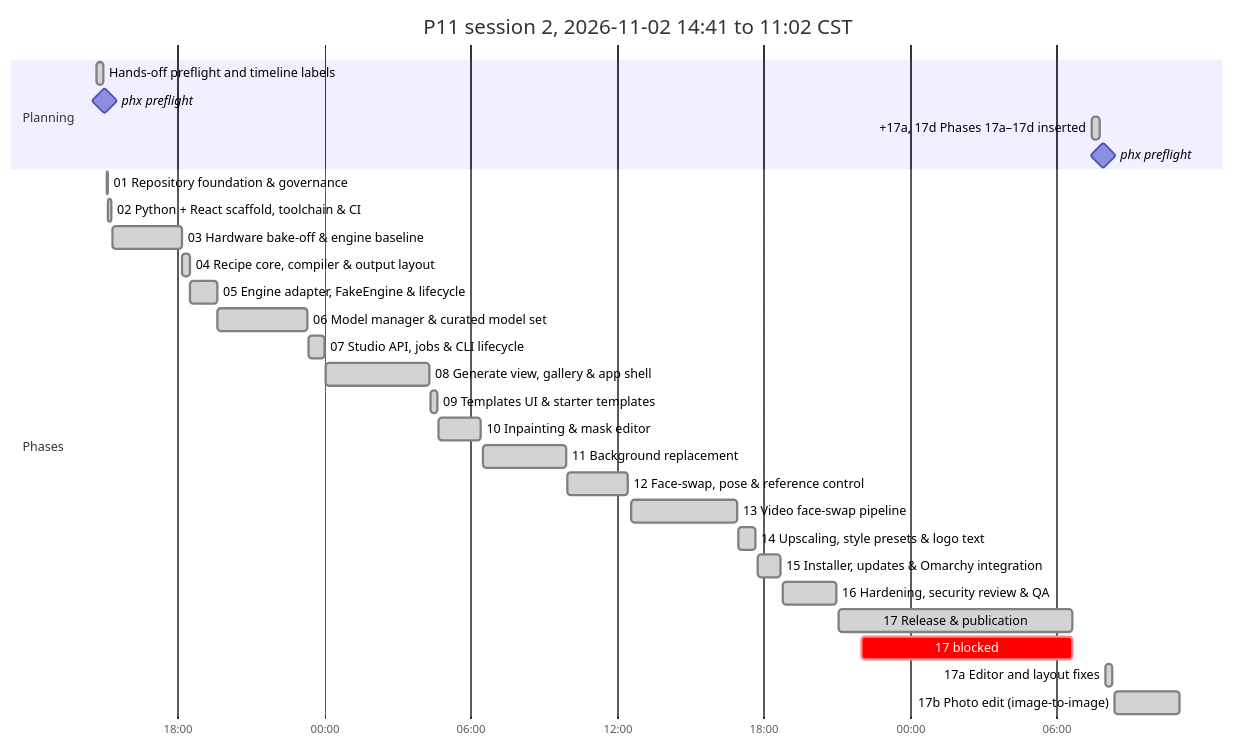
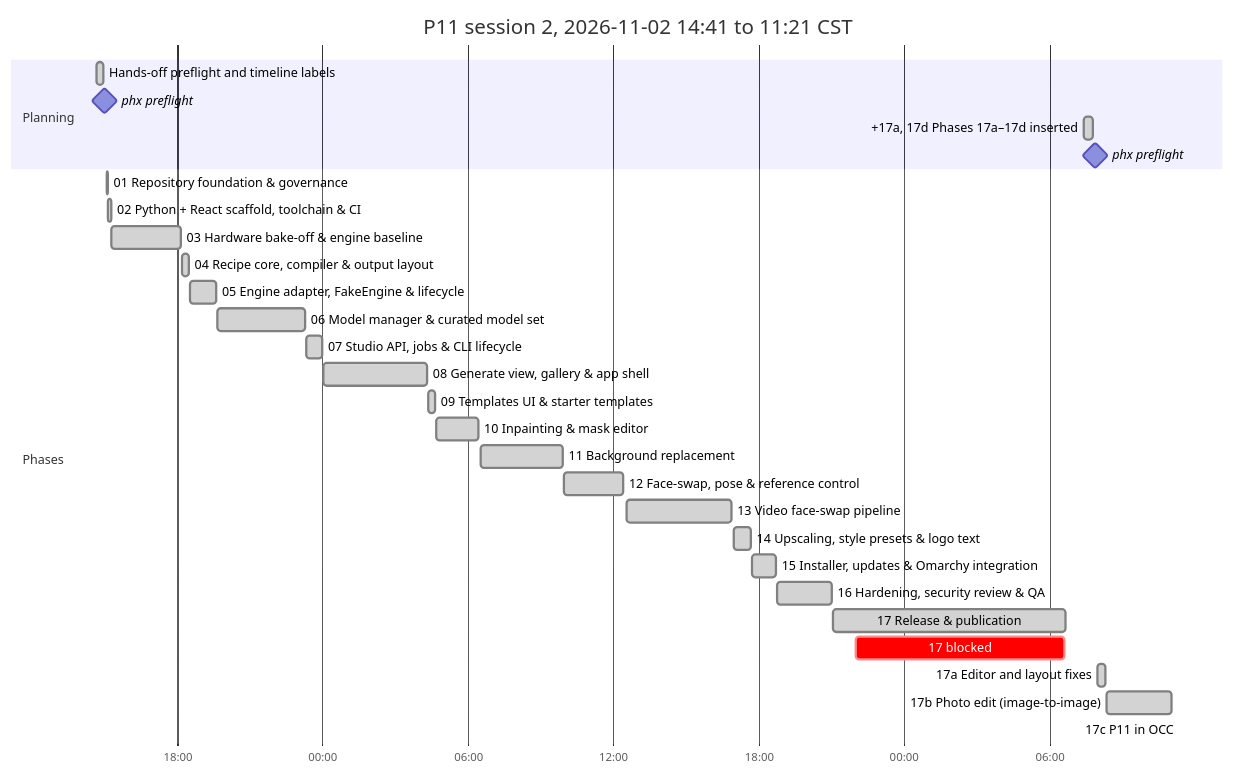
The second of 2 diagrams in P11_IMPLEMENTATION_PLAN.md (antonizick/project1111), drawn with Mermaid before and after one commit. The commit also changed other lines of this file and 2 other files, not shown here.

Commit message:
docs(plan): refresh timeline

````diff
--- a/P11_IMPLEMENTATION_PLAN.md
+++ b/P11_IMPLEMENTATION_PLAN.md
@@ -79,32 +79,33 @@
 ```mermaid
 gantt
-    title P11 session 2, 2026-11-02 14:41 to 11:02 CST
+    title P11 session 2, 2026-11-02 14:41 to 11:21 CST
     dateFormat YYYY-MM-DD HH:mm
     axisFormat %H:%M
     section Planning
     Hands-off preflight and timeline labels :done, plan3, 2026-11-02 14:41, 2026-11-02 14:59
     phx preflight :milestone, pf13ee0d5, 2026-11-02 15:00, 0m
     +17a, 17d Phases 17a–17d inserted :done, plan4, 2026-11-04 07:25, 2026-11-04 07:47
     phx preflight :milestone, pf19ebe39, 2026-11-04 07:54, 0m
     section Phases
     01 Repository foundation & governance :done, p01s2, 2026-11-02 15:05, 2026-11-02 15:08
     02 Python + React scaffold, toolchain & CI :done, p02s2, 2026-11-02 15:09, 2026-11-02 15:18
     03 Hardware bake-off & engine baseline :done, p03s2, 2026-11-02 15:19, 2026-11-02 18:10
     04 Recipe core, compiler & output layout :done, p04s2, 2026-11-02 18:12, 2026-11-02 18:30
     05 Engine adapter, FakeEngine & lifecycle :done, p05s2, 2026-11-02 18:32, 2026-11-02 19:37
     06 Model manager & curated model set :done, p06s2, 2026-11-02 19:39, 2026-11-02 23:18
     07 Studio API, jobs & CLI lifecycle :done, p07s2, 2026-11-02 23:21, 2026-11-03 00:00
     08 Generate view, gallery & app shell :done, p08s2, 2026-11-03 00:03, 2026-11-03 04:18
     09 Templates UI & starter templates :done, p09s2, 2026-11-03 04:21, 2026-11-03 04:38
     10 Inpainting & mask editor :done, p10s2, 2026-11-03 04:41, 2026-11-03 06:25
     11 Background replacement :done, p11s2, 2026-11-03 06:31, 2026-11-03 09:55
     12 Face-swap, pose & reference control :done, p12s2, 2026-11-03 09:58, 2026-11-03 12:25
     13 Video face-swap pipeline :done, p13s2, 2026-11-03 12:34, 2026-11-03 16:54
     14 Upscaling, style presets & logo text :done, p14s2, 2026-11-03 16:58, 2026-11-03 17:41
     15 Installer, updates & Omarchy integration :done, p15s2, 2026-11-03 17:45, 2026-11-03 18:42
     16 Hardening, security review & QA :done, p16s2, 2026-11-03 18:46, 2026-11-03 21:00
     17 Release & publication :done, p17s2, 2026-11-03 21:04, 2026-11-04 06:39
     17 blocked :crit, p17w1s2, 2026-11-03 22:01, 2026-11-04 06:38
     17a Editor and layout fixes :done, p17as2, 2026-11-04 07:59, 2026-11-04 08:18
     17b Photo edit (image-to-image) :done, p17bs2, 2026-11-04 08:22, 2026-11-04 11:02
+    17c P11 in OCC :active, p17cs2, 2026-11-04 11:21, 2026-11-04 11:22
 ```
````
